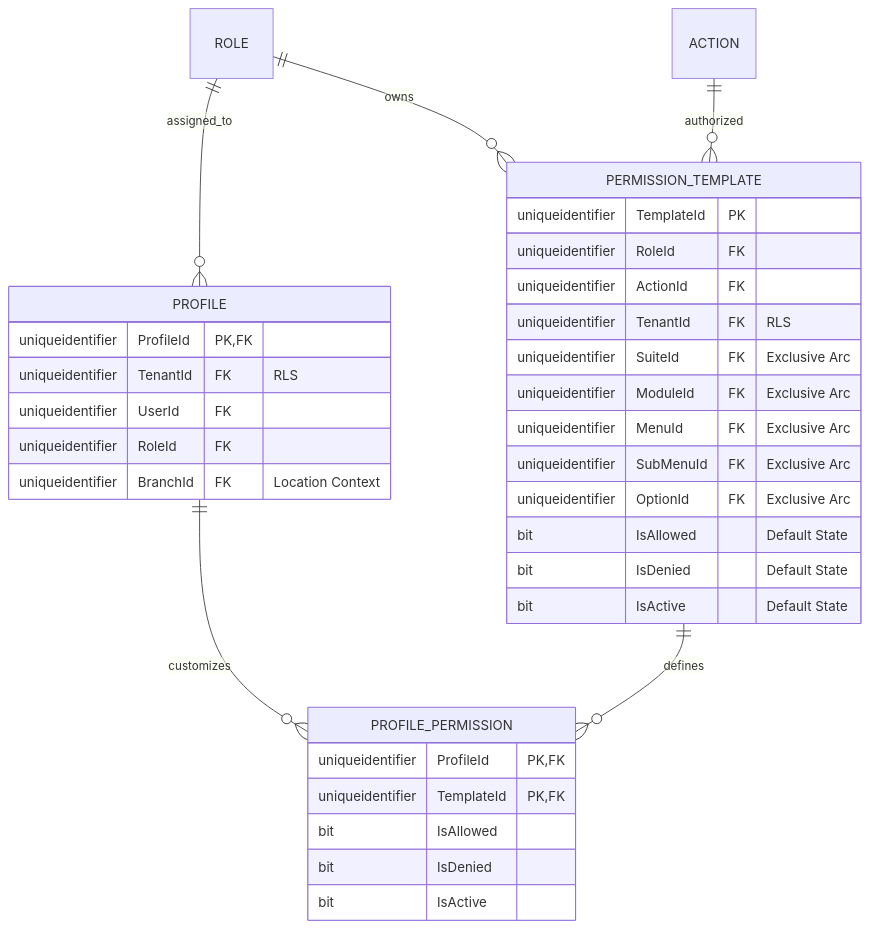
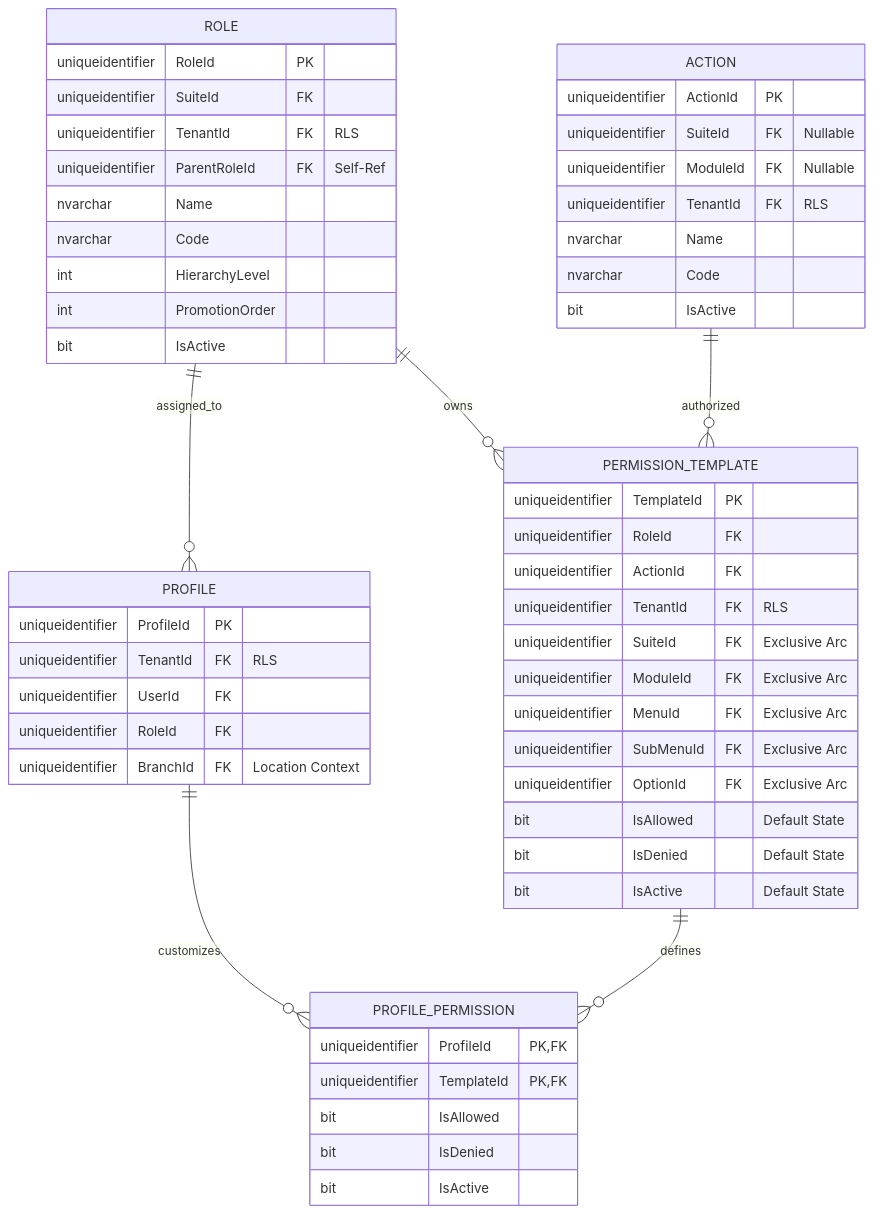
One commit to beyondnetcode/ums changed the second of 5 diagrams in docs/architecture/blueprints/database-design-er.md. Above: the diagram before and after it, drawn with Mermaid. The commit also changed other lines of this file and 1 other file, not shown here.

First line of the commit message:
docs(er): add missing entity attribute blocks to all domain diagrams (EN/ES)

````diff
--- a/docs/architecture/blueprints/database-design-er.md
+++ b/docs/architecture/blueprints/database-design-er.md
@@ -76,39 +76,61 @@
 ```mermaid
 erDiagram
     ROLE ||--o{ PERMISSION_TEMPLATE : "owns"
     ROLE ||--o{ PROFILE : "assigned_to"
     PROFILE ||--o{ PROFILE_PERMISSION : "customizes"
     PERMISSION_TEMPLATE ||--o{ PROFILE_PERMISSION : "defines"
     ACTION ||--o{ PERMISSION_TEMPLATE : "authorized"
-    
+
+    ROLE {
+        uniqueidentifier RoleId PK
+        uniqueidentifier SuiteId FK
+        uniqueidentifier TenantId FK "RLS"
+        uniqueidentifier ParentRoleId FK "Self-Ref"
+        nvarchar Name
+        nvarchar Code
+        int HierarchyLevel
+        int PromotionOrder
+        bit IsActive
+    }
+
+    ACTION {
+        uniqueidentifier ActionId PK
+        uniqueidentifier SuiteId FK "Nullable"
+        uniqueidentifier ModuleId FK "Nullable"
+        uniqueidentifier TenantId FK "RLS"
+        nvarchar Name
+        nvarchar Code
+        bit IsActive
+    }
+
     PERMISSION_TEMPLATE {
         uniqueidentifier TemplateId PK
         uniqueidentifier RoleId FK
         uniqueidentifier ActionId FK
         uniqueidentifier TenantId FK "RLS"
         uniqueidentifier SuiteId FK "Exclusive Arc"
         uniqueidentifier ModuleId FK "Exclusive Arc"
         uniqueidentifier MenuId FK "Exclusive Arc"
         uniqueidentifier SubMenuId FK "Exclusive Arc"
         uniqueidentifier OptionId FK "Exclusive Arc"
         bit IsAllowed "Default State"
         bit IsDenied "Default State"
         bit IsActive "Default State"
     }
-    
+
     PROFILE {
-        uniqueidentifier ProfileId PK, FK
+        uniqueidentifier ProfileId PK
         uniqueidentifier TenantId FK "RLS"
         uniqueidentifier UserId FK
         uniqueidentifier RoleId FK
         uniqueidentifier BranchId FK "Location Context"
     }
-    
+
     PROFILE_PERMISSION {
         uniqueidentifier ProfileId PK, FK
         uniqueidentifier TemplateId PK, FK
         bit IsAllowed
         bit IsDenied
         bit IsActive
     }
 ```
````
